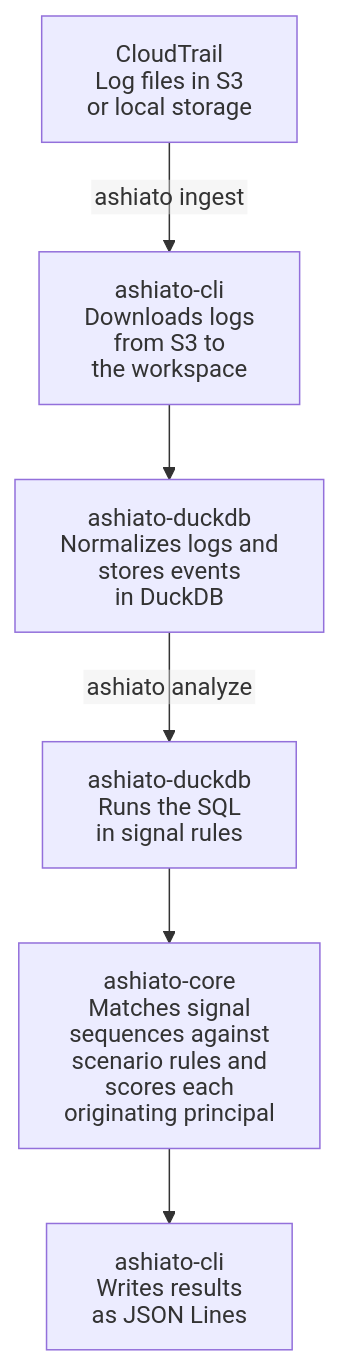
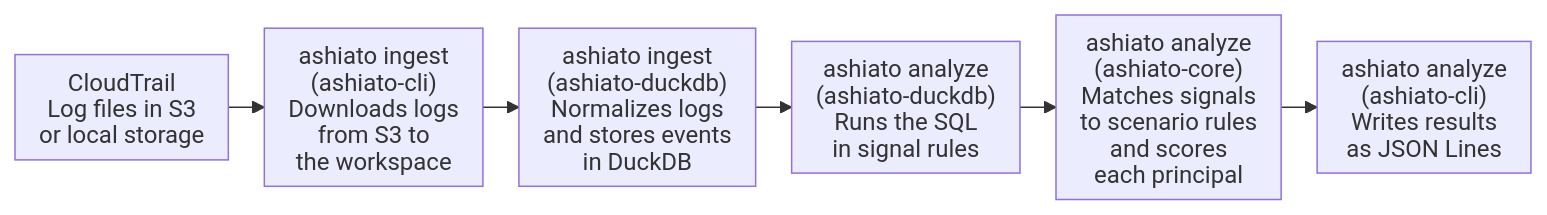
Before and after one commit to donkomura/ashiato: the diagram in README.md, drawn with Mermaid.

Commit message:
docs: README の処理の流れの図を横向きにし、コマンド名を矢印のラベルからノードに移して、ノードの間隔と余白を詰める

````diff
--- a/README.md
+++ b/README.md
@@ -57,12 +57,12 @@
 ```mermaid
-%%{init: {"htmlLabels": false, "flowchart": {"htmlLabels": false}}}%%
-flowchart TD
+%%{init: {"htmlLabels": false, "flowchart": {"htmlLabels": false, "rankSpacing": 24, "padding": 8}}}%%
+flowchart LR
     cloudtrail["CloudTrail<br/>Log files in S3<br/>or local storage"]
-    download["ashiato-cli<br/>Downloads logs<br/>from S3 to<br/>the workspace"]
-    store["ashiato-duckdb<br/>Normalizes logs and<br/>stores events<br/>in DuckDB"]
-    signals["ashiato-duckdb<br/>Runs the SQL<br/>in signal rules"]
-    core["ashiato-core<br/>Matches signal<br/>sequences against<br/>scenario rules and<br/>scores each<br/>originating principal"]
-    output["ashiato-cli<br/>Writes results<br/>as JSON Lines"]
+    download["ashiato ingest<br/>(ashiato-cli)<br/>Downloads logs<br/>from S3 to<br/>the workspace"]
+    store["ashiato ingest<br/>(ashiato-duckdb)<br/>Normalizes logs<br/>and stores events<br/>in DuckDB"]
+    signals["ashiato analyze<br/>(ashiato-duckdb)<br/>Runs the SQL<br/>in signal rules"]
+    core["ashiato analyze<br/>(ashiato-core)<br/>Matches signals<br/>to scenario rules<br/>and scores<br/>each principal"]
+    output["ashiato analyze<br/>(ashiato-cli)<br/>Writes results<br/>as JSON Lines"]
 
-    cloudtrail -->|ashiato ingest| download --> store -->|ashiato analyze| signals --> core --> output
+    cloudtrail --> download --> store --> signals --> core --> output
 ```
````
